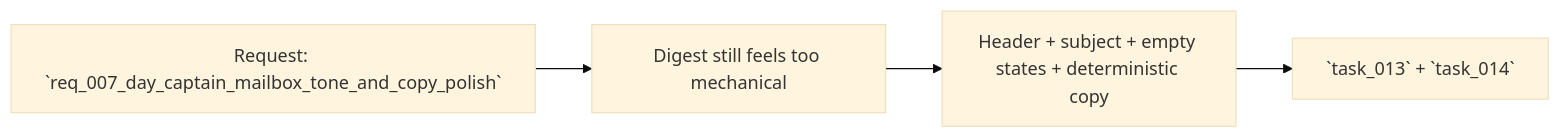
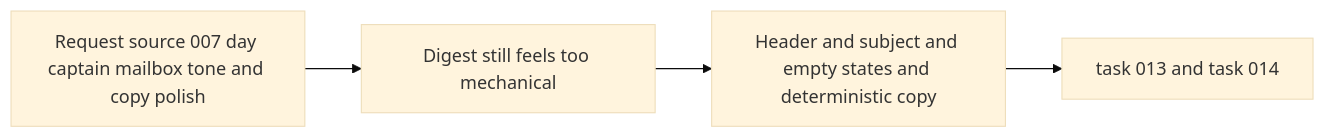
The diagram in logics/backlog/item_007_day_captain_mailbox_tone_and_copy_polish.md (AlexAgo83/day-captain), drawn with Mermaid (base theme) before and after one commit. The commit also changed 40 other files, not shown here.

Commit message:
Normalize Logics Mermaid diagrams

````diff
--- a/logics/backlog/item_007_day_captain_mailbox_tone_and_copy_polish.md
+++ b/logics/backlog/item_007_day_captain_mailbox_tone_and_copy_polish.md
@@ -33,6 +33,6 @@
 ```mermaid
 flowchart LR
-    Req[Request: `req_007_day_captain_mailbox_tone_and_copy_polish`] --> Problem[Digest still feels too mechanical]
-    Problem --> Scope[Header + subject + empty states + deterministic copy]
-    Scope --> Tasks[`task_013` + `task_014`]
+    Req[Request source 007 day captain mailbox tone and copy polish] --> Problem[Digest still feels too mechanical]
+    Problem --> Scope[Header and subject and empty states and deterministic copy]
+    Scope --> Tasks[task 013 and task 014]
 ```
````
